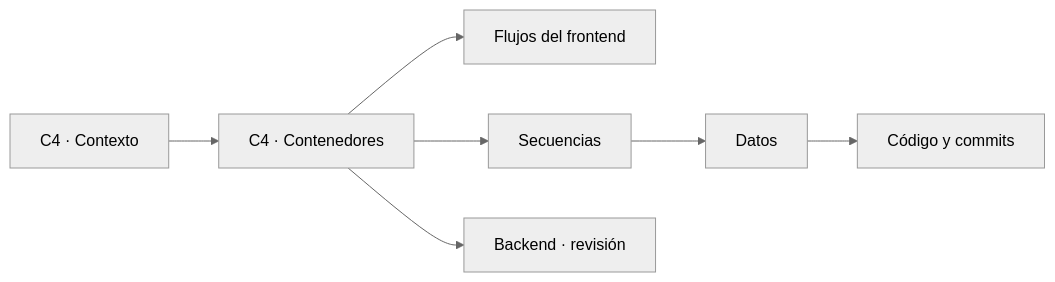
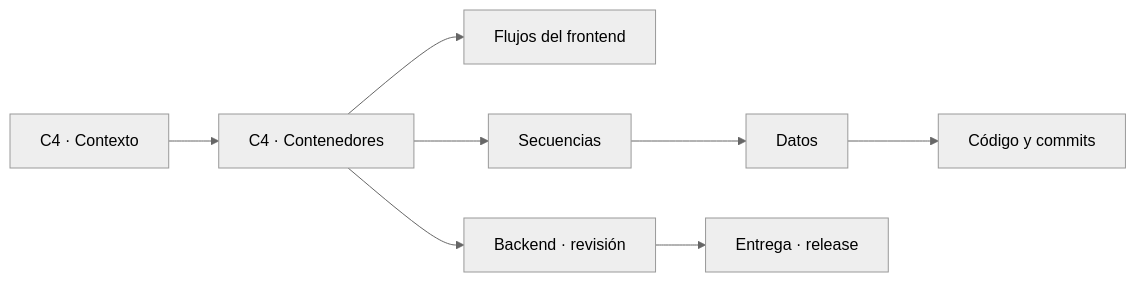
Before and after one commit to gagonzalez1/puntazo-docs: the diagram in docs/00-overview.md, drawn with Mermaid (neutral theme). The commit also changed 5 other files, not shown here.

Commit message:
docs: define production operations and release gates

````diff
--- a/docs/00-overview.md
+++ b/docs/00-overview.md
@@ -19,25 +19,28 @@
 ```mermaid
 flowchart LR
     CTX["C4 · Contexto"]
     CNT["C4 · Contenedores"]
     FEF["Flujos del frontend"]
     SEQ["Secuencias"]
     DATA["Datos"]
     REF["Código y commits"]
     BE["Backend · revisión"]
+    REL["Entrega · release"]
 
     CTX --> CNT
     CNT --> BE
     CNT --> FEF
     CNT --> SEQ
     SEQ --> DATA
     DATA --> REF
+    BE --> REL
 
     click CTX href "#/c4-context" "Abrir contexto"
     click CNT href "#/c4-containers" "Abrir contenedores"
     click FEF href "#/frontend-flows" "Abrir flujos"
     click SEQ href "#/sequences" "Abrir secuencias"
     click DATA href "#/data-current" "Abrir datos"
     click REF href "#/documented-commits" "Abrir referencias"
     click BE href "#/backend-review-index" "Abrir revisión del backend"
+    click REL href "#/production-release-checklist" "Abrir checklist de release"
 ```
````
